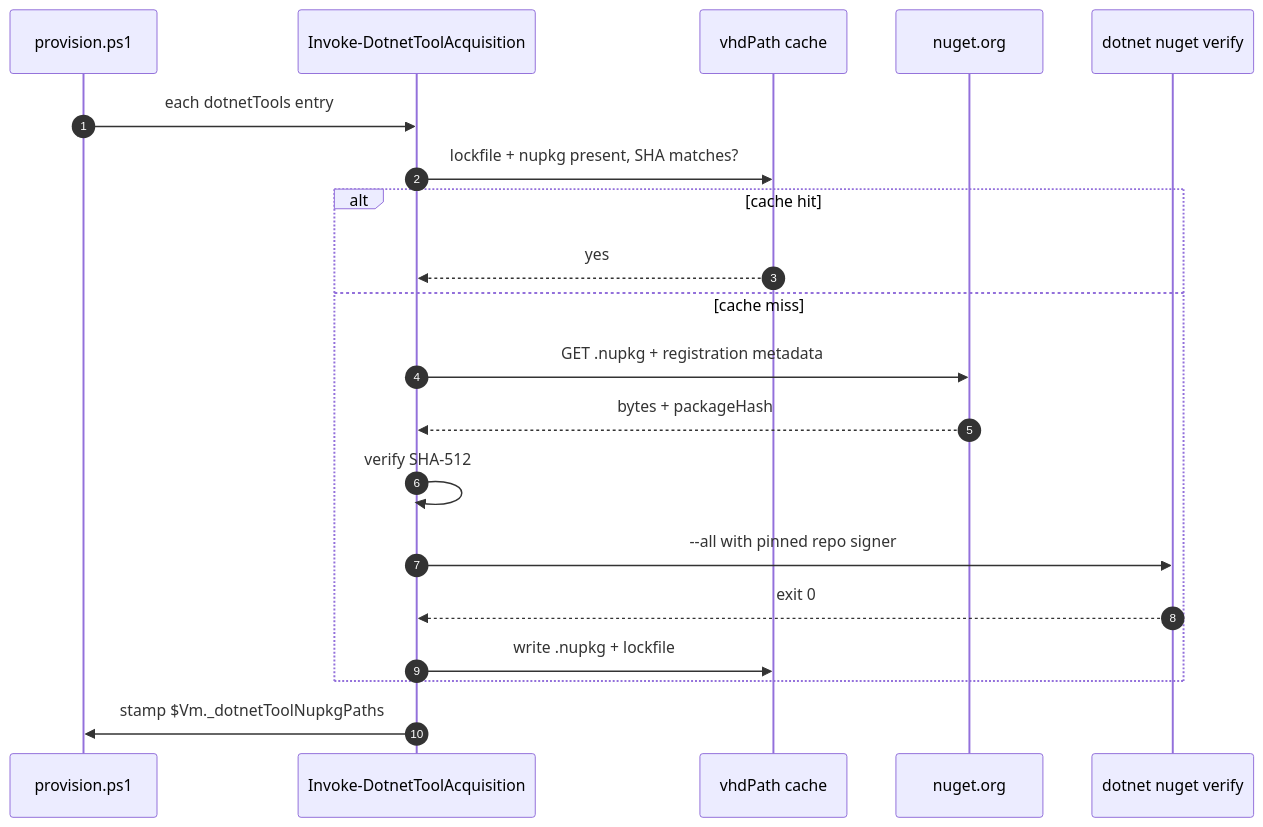
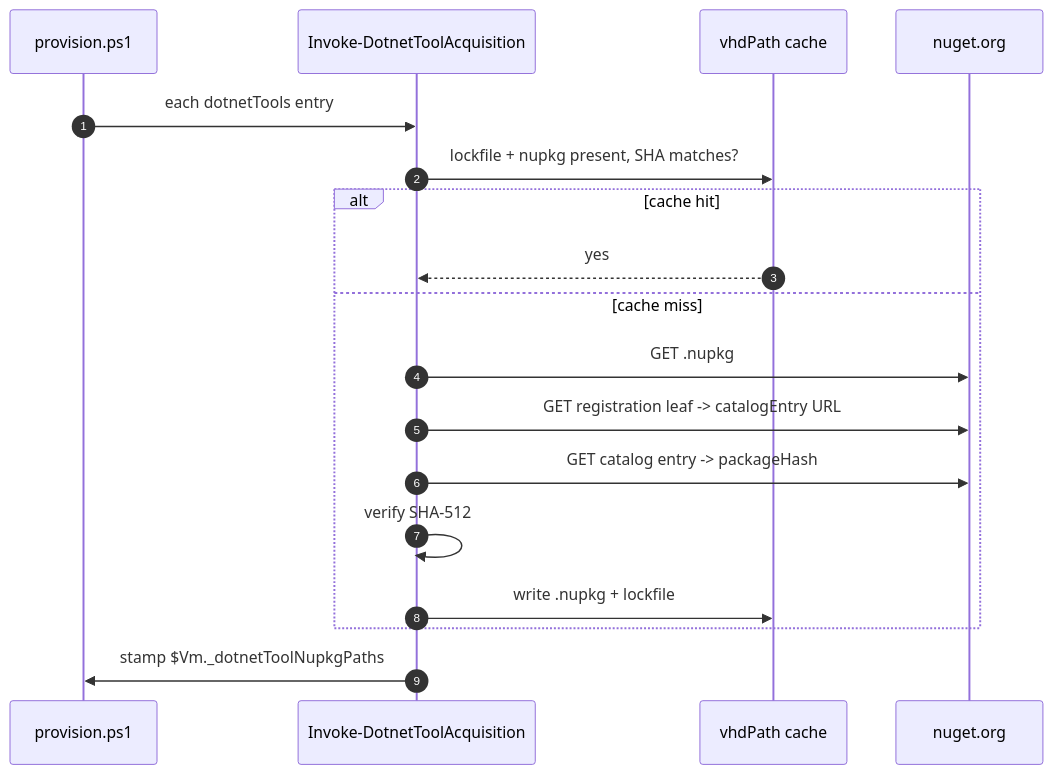
One commit to Klark-Morrigan/Infrastructure-Vm-Provisioner changed the fourth of 7 diagrams in docs/dev/implementation/43 - dotnet nuget/plan.md. Above: the diagram before and after it, drawn with Mermaid. The commit also changed other lines of this file and 4 other files, not shown here.

````diff
--- a/docs/dev/implementation/43 - dotnet nuget/plan.md
+++ b/docs/dev/implementation/43 - dotnet nuget/plan.md
@@ -390,23 +362,21 @@
 ```mermaid
 sequenceDiagram
     autonumber
     participant Prov as provision.ps1
     participant Acq as Invoke-DotnetToolAcquisition
     participant Cache as vhdPath cache
     participant Nu as nuget.org
-    participant Verify as dotnet nuget verify
 
     Prov->>Acq: each dotnetTools entry
     Acq->>Cache: lockfile + nupkg present, SHA matches?
     alt cache hit
         Cache-->>Acq: yes
     else cache miss
-        Acq->>Nu: GET .nupkg + registration metadata
-        Nu-->>Acq: bytes + packageHash
+        Acq->>Nu: GET .nupkg
+        Acq->>Nu: GET registration leaf -> catalogEntry URL
+        Acq->>Nu: GET catalog entry -> packageHash
         Acq->>Acq: verify SHA-512
-        Acq->>Verify: --all with pinned repo signer
-        Verify-->>Acq: exit 0
         Acq->>Cache: write .nupkg + lockfile
     end
     Acq->>Prov: stamp $Vm._dotnetToolNupkgPaths
 ```
````
